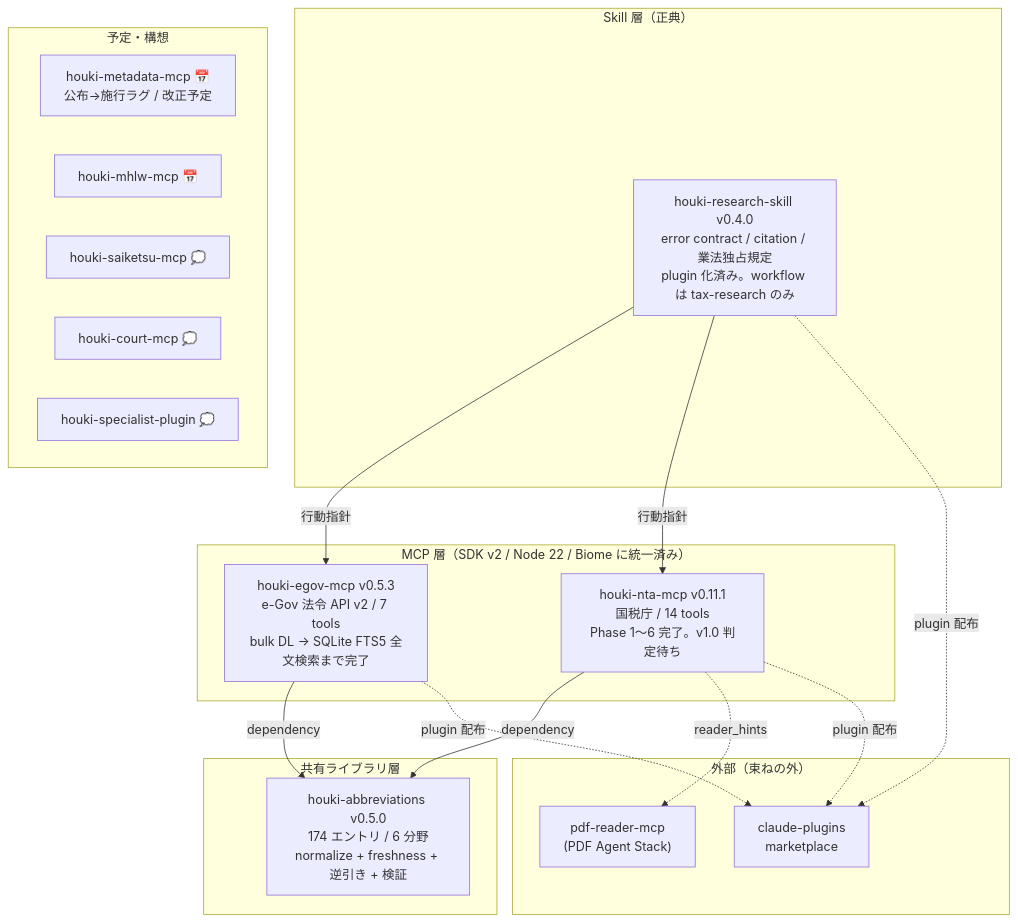
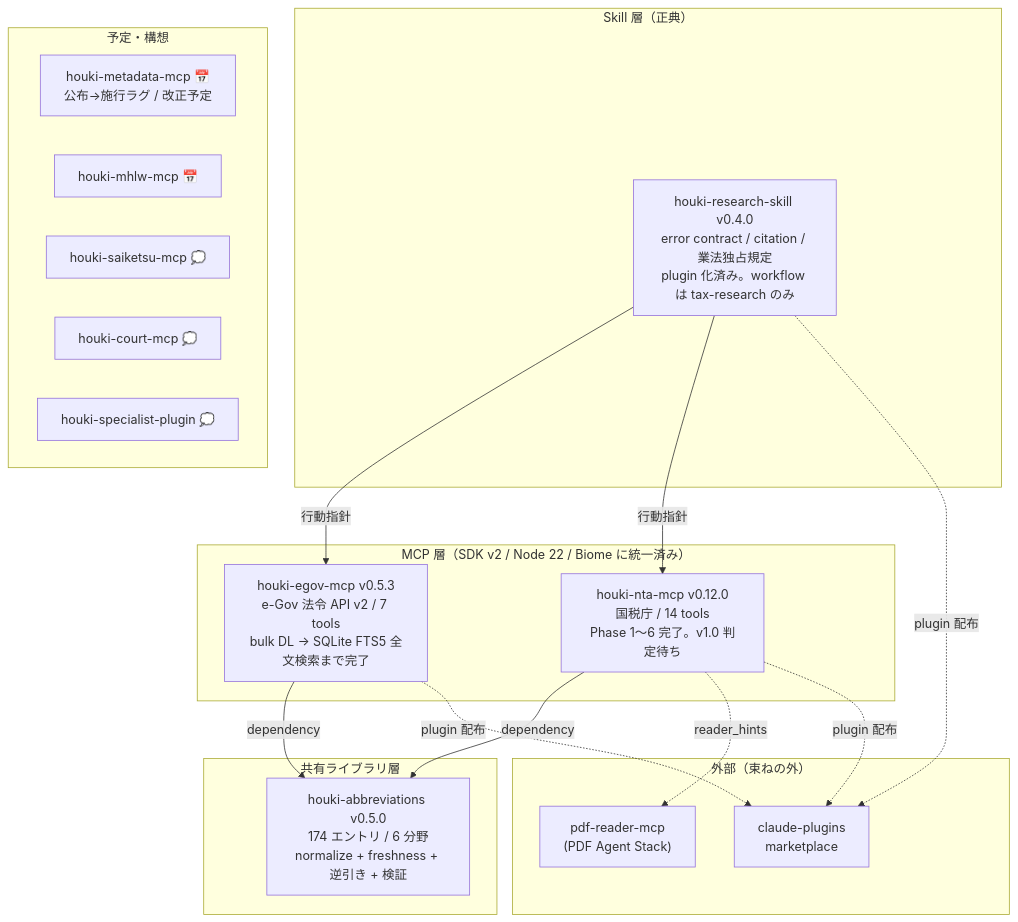
Before and after one commit to shuji-bonji/houki-hub: the diagram in docs/ROADMAP.md, drawn with Mermaid. The commit also changed other lines of this file and 9 other files, not shown here.

First line of the commit message:
docs: houki-nta-mcp 0.12.0（質疑応答事例の関係法令通達）に追随する

````diff
--- a/docs/ROADMAP.md
+++ b/docs/ROADMAP.md
@@ -8,28 +8,28 @@
 ```mermaid
 graph TB
     subgraph Skill層["Skill 層（正典）"]
         SKILL["houki-research-skill v0.4.0<br/>error contract / citation / 業法独占規定<br/>plugin 化済み。workflow は tax-research のみ"]
     end
     subgraph MCP層["MCP 層（SDK v2 / Node 22 / Biome に統一済み）"]
         EGOV["houki-egov-mcp v0.5.3<br/>e-Gov 法令 API v2 / 7 tools<br/>bulk DL → SQLite FTS5 全文検索まで完了"]
-        NTA["houki-nta-mcp v0.11.1<br/>国税庁 / 14 tools<br/>Phase 1〜6 完了。v1.0 判定待ち"]
+        NTA["houki-nta-mcp v0.12.0<br/>国税庁 / 14 tools<br/>Phase 1〜6 完了。v1.0 判定待ち"]
     end
     subgraph 共有層["共有ライブラリ層"]
         ABBR["houki-abbreviations v0.5.0<br/>174 エントリ / 6 分野<br/>normalize + freshness + 逆引き + 検証"]
     end
     subgraph 外部["外部（束ねの外）"]
         PDF["pdf-reader-mcp<br/>(PDF Agent Stack)"]
         PLUGINS["claude-plugins<br/>marketplace"]
     end
     SKILL -->|行動指針| EGOV & NTA
     EGOV & NTA -->|dependency| ABBR
     NTA -.->|reader_hints| PDF
     EGOV & NTA & SKILL -.->|plugin 配布| PLUGINS
     subgraph 将来["予定・構想"]
         META["houki-metadata-mcp 📅<br/>公布→施行ラグ / 改正予定"]
         MHLW["houki-mhlw-mcp 📅"]
         SAIKETSU["houki-saiketsu-mcp 💭"]
         COURT["houki-court-mcp 💭"]
         AGENT["houki-specialist-plugin 💭"]
     end
 ```
````
